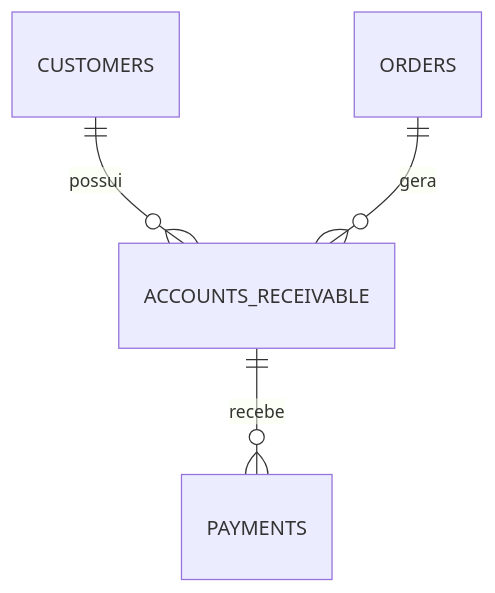
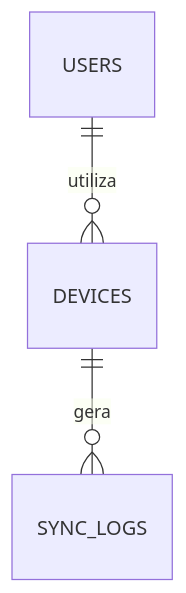
One commit to danielkzero/orderbox changed the second of 3 diagrams in docs/03-modelagem/er-diagram.md. Above: the diagram before and after it, drawn with Mermaid. The commit also changed other lines of this file, not shown here.

Commit message:
docs: simplificar diagramas para escopo de força de vendas

````diff
--- a/docs/03-modelagem/er-diagram.md
+++ b/docs/03-modelagem/er-diagram.md
@@ -73,9 +51,7 @@
 ```mermaid
 erDiagram
 
-    CUSTOMERS ||--o{ ACCOUNTS_RECEIVABLE : possui
+    USERS ||--o{ DEVICES : utiliza
 
-    ORDERS ||--o{ ACCOUNTS_RECEIVABLE : gera
-
-    ACCOUNTS_RECEIVABLE ||--o{ PAYMENTS : recebe
+    DEVICES ||--o{ SYNC_LOGS : gera
 ```
````
